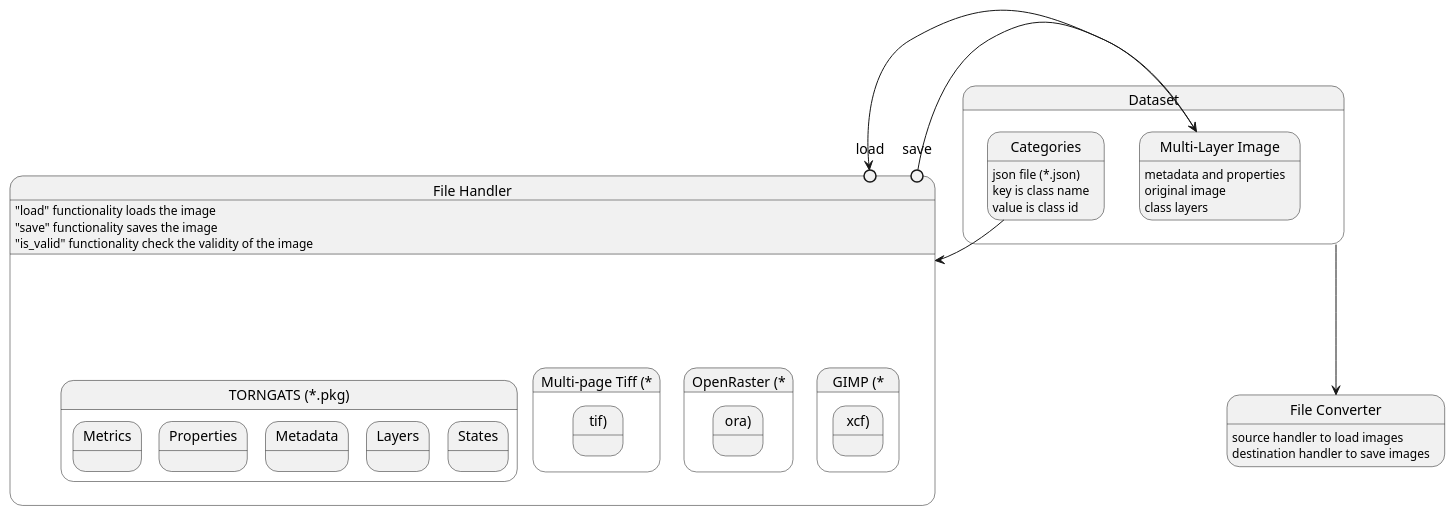
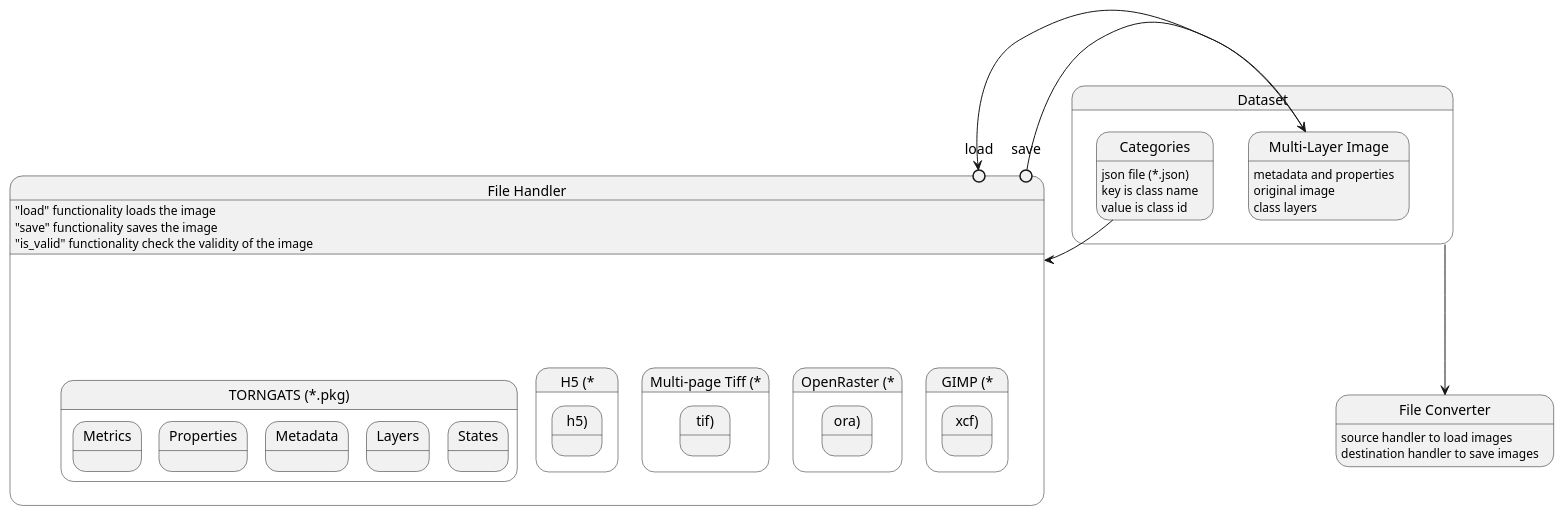
One commit to TORNGATS/yoyo-labeling-assist changed the diagram in docs/design.puml. Above: the diagram before and after it, drawn with PlantUML.

Commit message:
update design

```diff
--- a/docs/design.puml
+++ b/docs/design.puml
@@ -2,47 +2,48 @@
 @startuml Abstract Design
 
 state Dataset {
     state "Multi-Layer Image" as data {
         data : metadata and properties
         data : original image
         data : class layers
     }
     state "Categories" as cats {
         cats : json file (*.json)
         cats : key is class name
         cats : value is class id
     }
 }
 
 state "File Handler" as handler {
     handler : "load" functionality loads the image
     handler : "save" functionality saves the image
     handler : "is_valid" functionality check the validity of the image
 
     state "GIMP (*.xcf)"
     state "OpenRaster (*.ora)"
     state "Multi-page Tiff (*.tif)"
+    state "H5 (*.h5)"
     state "TORNGATS (*.pkg)" as pkg {
         state "Metrics" as pkg_metrics
         state "Properties" as pkg_properties
         state "Metadata" as pkg_metadata
         state "Layers" as pkg_layers
         state "States" as pkg_states
     }
 
     state load <<entryPoint>>
     state save <<entryPoint>>
 }
 
 data --> load
 save -> data
 cats --> handler
 
 state "File Converter" as conv {
     conv : source handler to load images
     conv : destination handler to save images
 }
 
 Dataset --> conv
 
 @enduml
```
